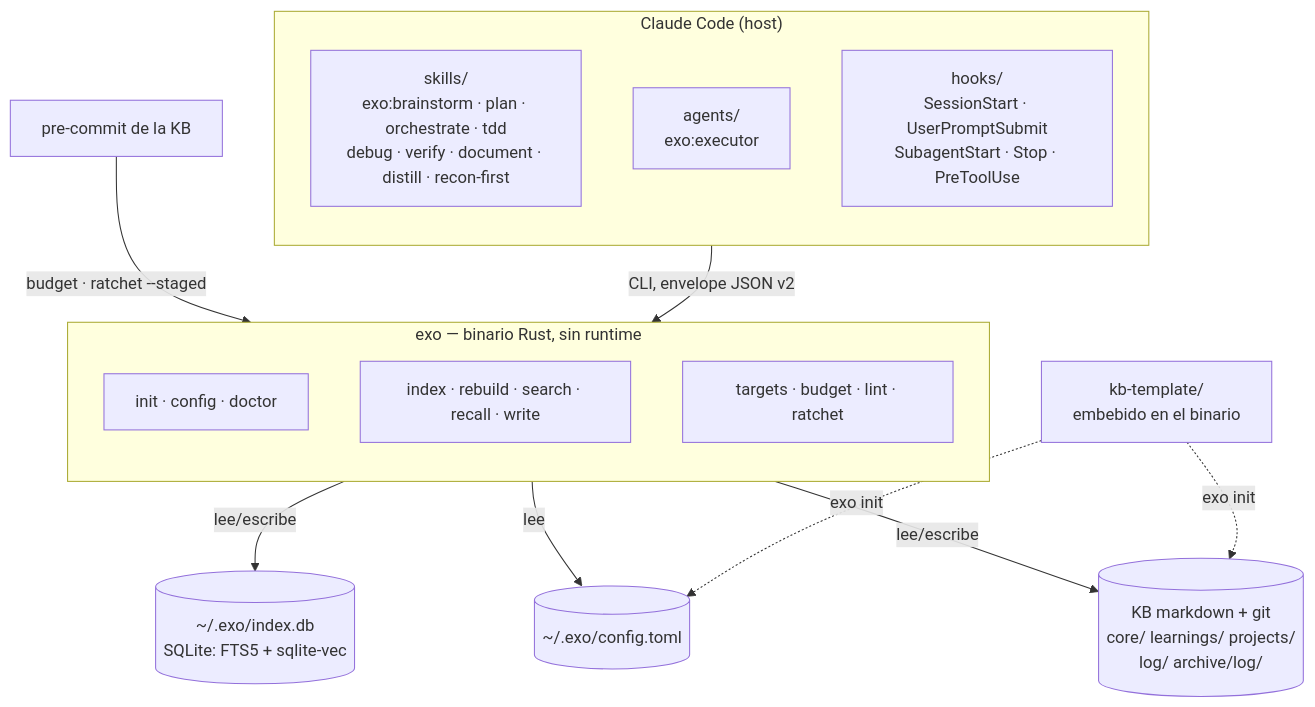
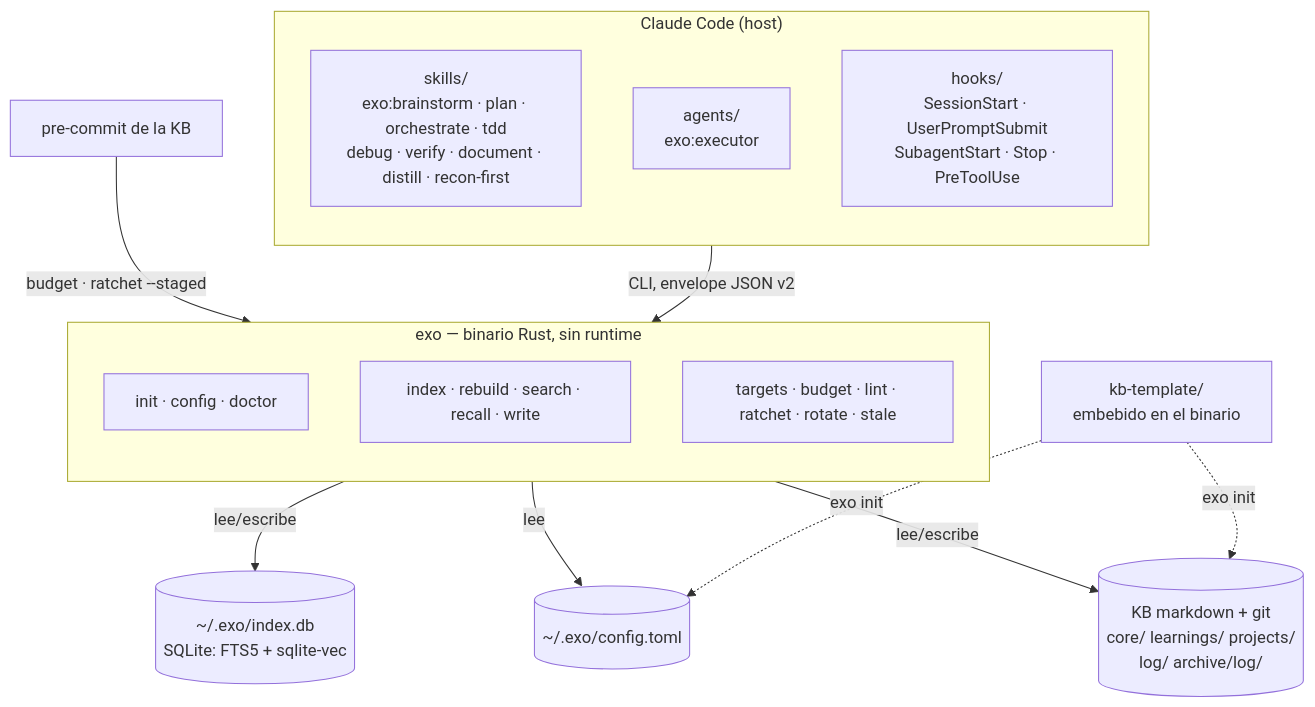
Before and after one commit to pguerrerolinares/exo: the diagram in README.md, drawn with Mermaid. The commit also changed 5 other files, not shown here.

````diff
--- a/README.md
+++ b/README.md
@@ -61,30 +61,30 @@
 ```mermaid
 flowchart TB
     subgraph host["Claude Code (host)"]
         direction TB
         skills["skills/<br/>exo:brainstorm · plan · orchestrate · tdd<br/>debug · verify · document · distill · recon-first"]
         agent["agents/<br/>exo:executor"]
         hooks["hooks/<br/>SessionStart · UserPromptSubmit<br/>SubagentStart · Stop · PreToolUse"]
     end
 
     subgraph bin["exo — binario Rust, sin runtime"]
         direction TB
         c1["init · config · doctor"]
         c2["index · rebuild · search · recall · write"]
-        c3["targets · budget · lint · ratchet"]
+        c3["targets · budget · lint · ratchet · rotate · stale"]
     end
 
     cfg[("~/.exo/config.toml")]
     db[("~/.exo/index.db<br/>SQLite: FTS5 + sqlite-vec")]
     kb[("KB markdown + git<br/>core/ learnings/ projects/<br/>log/ archive/log/")]
     tpl["kb-template/<br/>embebido en el binario"]
     pc["pre-commit de la KB"]
 
     host -->|"CLI, envelope JSON v2"| bin
     pc -->|"budget · ratchet --staged"| bin
     bin -->|lee| cfg
     bin -->|lee/escribe| db
     bin -->|lee/escribe| kb
     tpl -.->|"exo init"| kb
     tpl -.->|"exo init"| cfg
 ```
````
